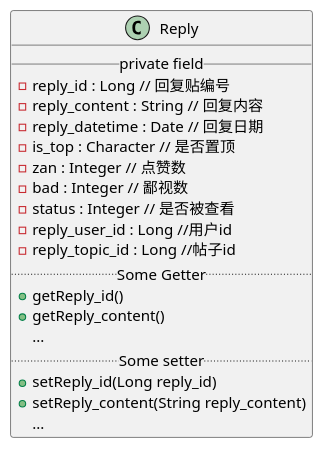
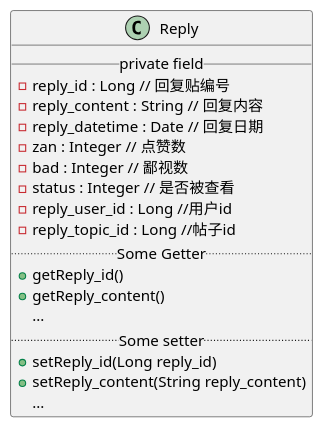
Before and after one commit to xiaokangxxs/notebook: diagram 21 of 31 in docs/UML/plantuml.md, drawn with PlantUML. The commit also changed other lines of this file and 9 other files, not shown here.

Commit message:
add sqoop and update uml

````diff
--- a/docs/UML/plantuml.md
+++ b/docs/UML/plantuml.md
@@ -418,26 +416,25 @@
 ```plantuml
 @startuml
 
 class Reply {
 __ private field __
  -reply_id : Long // 回复贴编号
  -reply_content : String // 回复内容
  -reply_datetime : Date // 回复日期
- -is_top : Character // 是否置顶
  -zan : Integer // 点赞数
  -bad : Integer // 鄙视数
  -status : Integer // 是否被查看
  -reply_user_id : Long //用户id
  -reply_topic_id : Long //帖子id
 .. Some Getter ..
   + getReply_id()
   + getReply_content()
   ...
 .. Some setter ..
   + setReply_id(Long reply_id)
   + setReply_content(String reply_content)
   ...
 }
 
 @enduml
 ```
````
